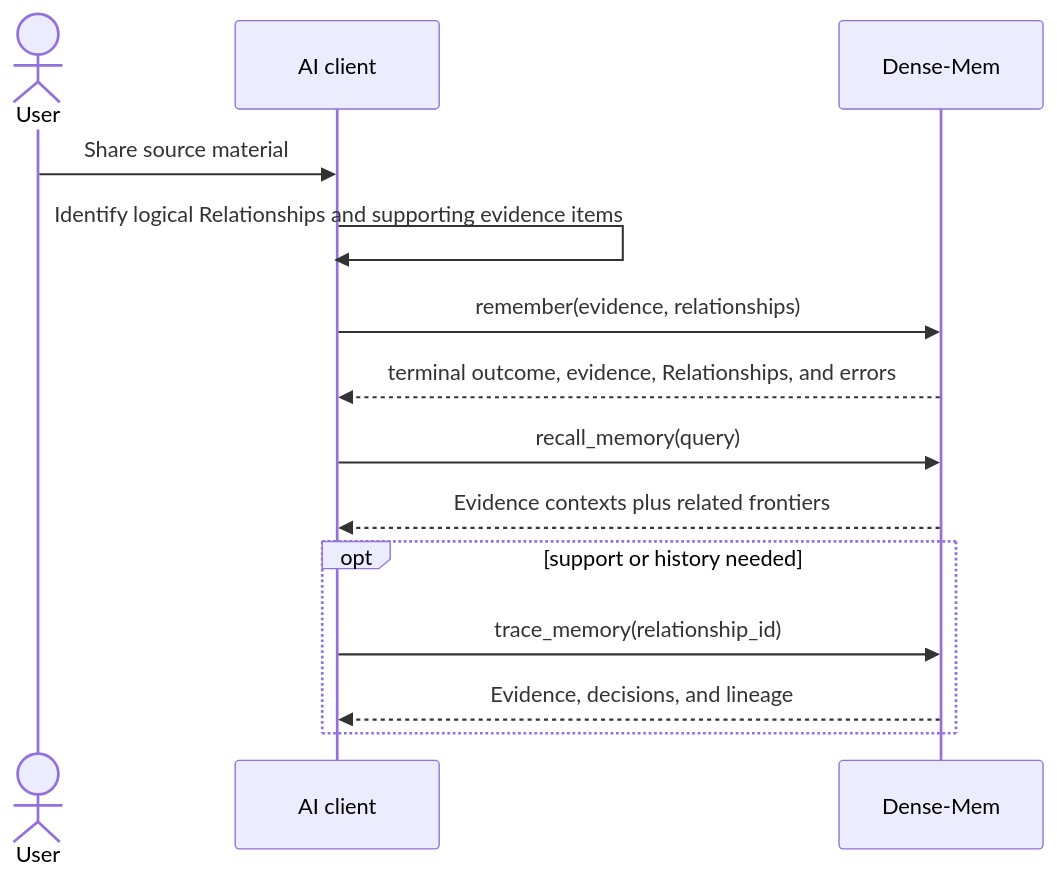
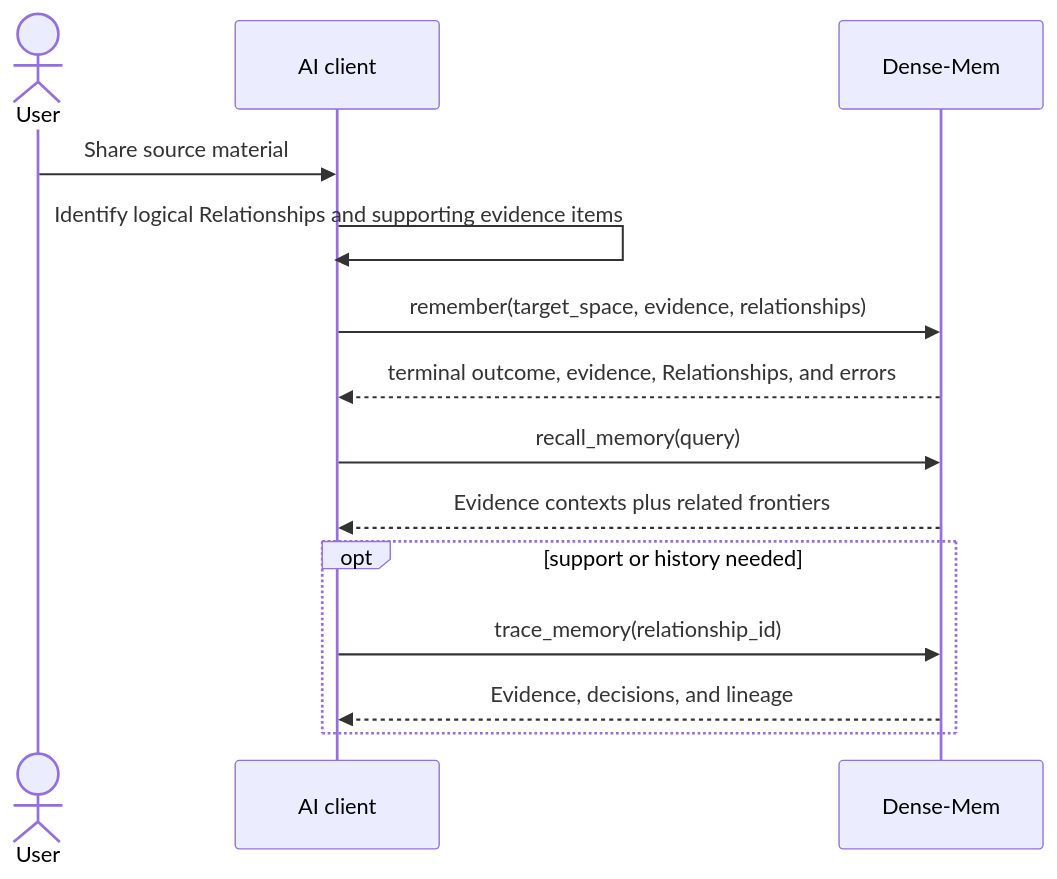
One commit to markhuangai/dense-mem changed the diagram in Using-Dense-Mem.md. Above: the diagram before and after it, drawn with Mermaid. The commit also changed other lines of this file and 15 other files, not shown here.

```diff
--- a/Using-Dense-Mem.md
+++ b/Using-Dense-Mem.md
@@ -15,18 +15,18 @@
 ~~~mermaid
 %%{init: {"sequence": {"rightAngles": true}}}%%
 sequenceDiagram
   actor User
   participant Host as AI client
   participant DM as Dense-Mem
 
   User->>Host: Share source material
   Host->>Host: Identify logical Relationships and supporting evidence items
-  Host->>DM: remember(evidence, relationships)
+  Host->>DM: remember(target_space, evidence, relationships)
   DM-->>Host: terminal outcome, evidence, Relationships, and errors
   Host->>DM: recall_memory(query)
   DM-->>Host: Evidence contexts plus related frontiers
   opt support or history needed
     Host->>DM: trace_memory(relationship_id)
     DM-->>Host: Evidence, decisions, and lineage
   end
 ~~~
```
